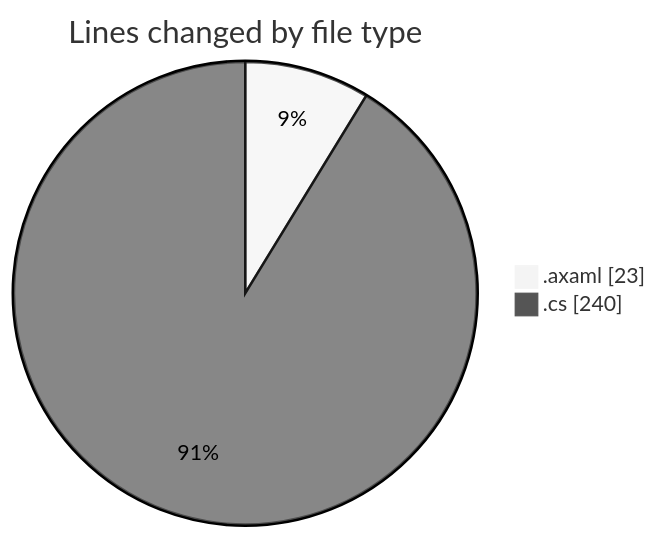
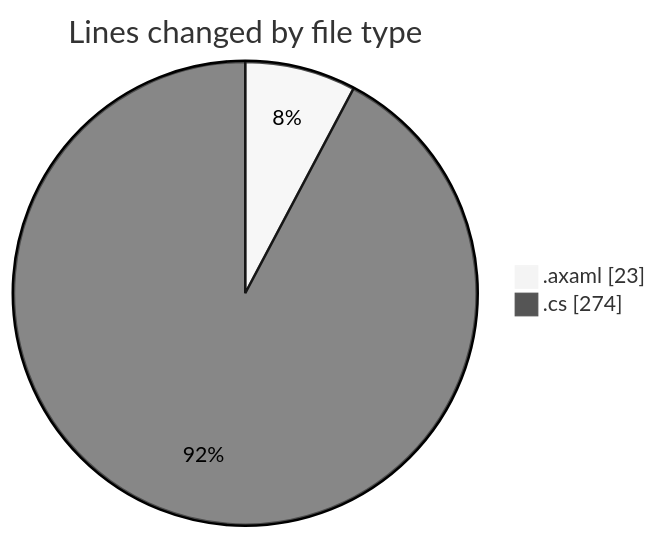
The first of 2 diagrams in 2025-11-01/skintrack/README.md (Netris89/code-tracking), drawn with Mermaid (neutral theme) before and after one commit. The commit also changed other lines of this file and 1 other file, not shown here.

````diff
--- a/2025-11-01/skintrack/README.md
+++ b/2025-11-01/skintrack/README.md
@@ -22,6 +22,6 @@
 ```mermaid
 pie showData
 title Lines changed by file type
 ".axaml" : 23
-".cs" : 240
+".cs" : 274
 ```
````
